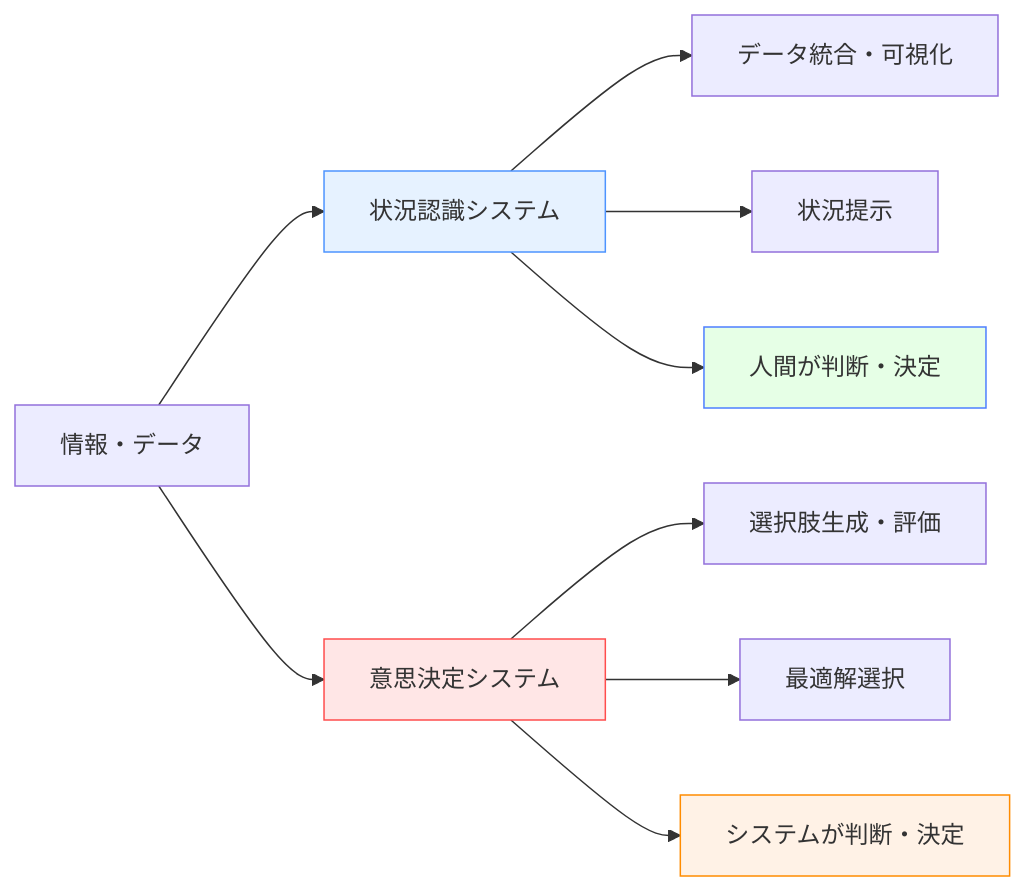
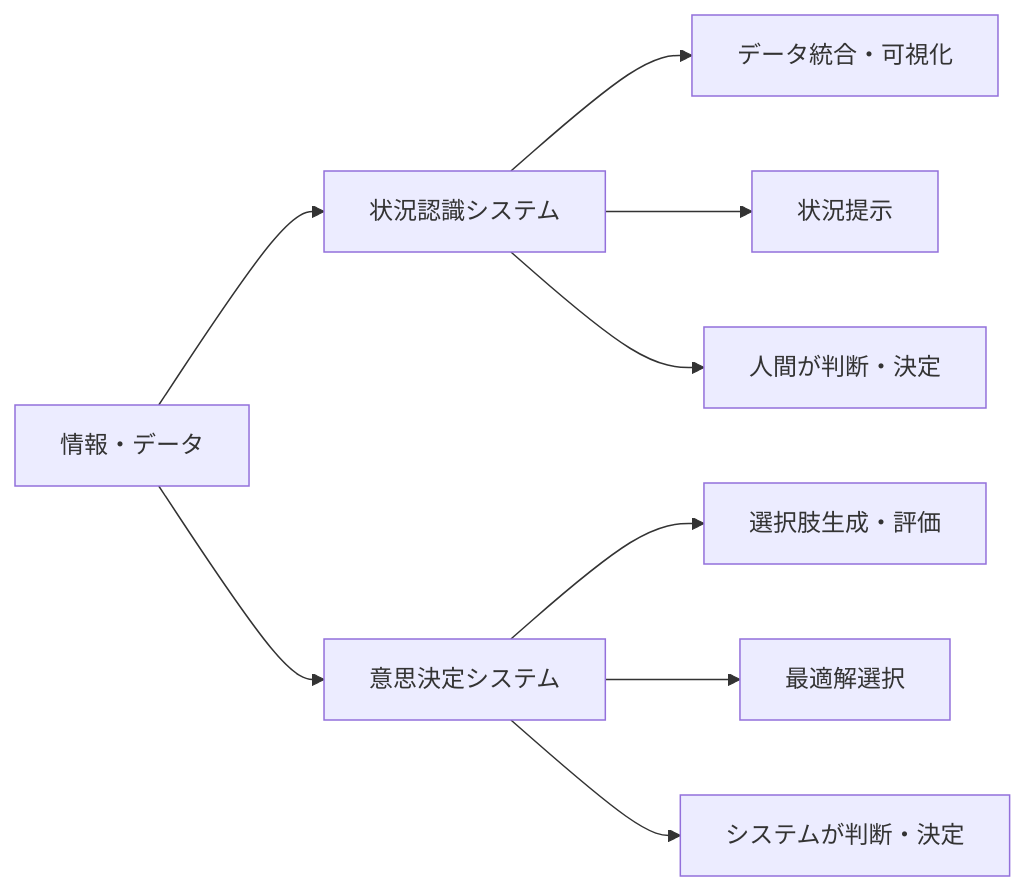
The first of 3 diagrams in docs/software/sa-vs-dm-systems.md (shuji-bonji/Situational-Awareness-and-Decision-Making), drawn with Mermaid before and after one commit. The commit also changed other lines of this file and 49 other files, not shown here.

Commit message:
fix: ダークモードで見づらい図の色の変更

````diff
--- a/docs/software/sa-vs-dm-systems.md
+++ b/docs/software/sa-vs-dm-systems.md
@@ -13,18 +13,18 @@
 ```mermaid
 graph LR
     A[情報・データ] --> B[状況認識システム]
     A --> C[意思決定システム]
     
     B --> B1[データ統合・可視化]
     B --> B2[状況提示]
     B --> B3[人間が判断・決定]
     
     C --> C1[選択肢生成・評価]
     C --> C2[最適解選択]
     C --> C3[システムが判断・決定]
     
-    style B fill:#e6f2ff,stroke:#4d94ff
-    style C fill:#ffe6e6,stroke:#ff4d4d
-    style B3 fill:#e6ffe6,stroke:#4d7fff
-    style C3 fill:#fff2e6,stroke:#ff8c00
+
+
+
+
 ```
````
